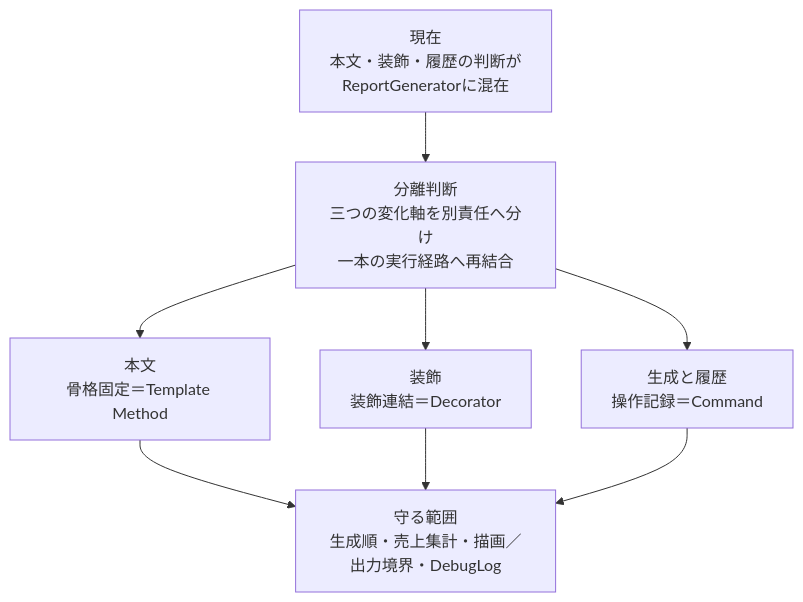
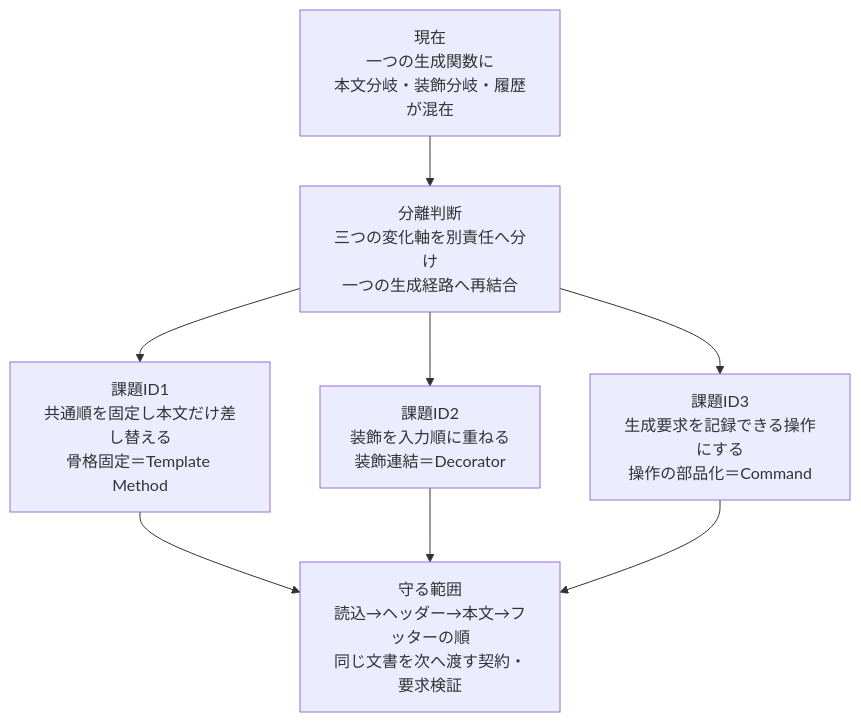
The sixth of 18 diagrams in kindle/design-patterns/output/chapter11.md (kumachan1101-pixel/DesignPattern), drawn with Mermaid before and after one commit. The commit also changed other lines of this file and 5 other files, not shown here.

````diff
--- a/kindle/design-patterns/output/chapter11.md
+++ b/kindle/design-patterns/output/chapter11.md
@@ -1489,10 +1489,10 @@
 ```mermaid
 flowchart TB
-    A[現在<br/>本文・装飾・履歴の判断が<br/>ReportGeneratorに混在] --> B[分離判断<br/>三つの変化軸を別責任へ分け<br/>一本の実行経路へ再結合]
-    B --> C[本文<br/>骨格固定＝Template Method]
-    B --> D[装飾<br/>装飾連結＝Decorator]
-    B --> E[生成と履歴<br/>操作記録＝Command]
-    C --> F[守る範囲<br/>生成順・売上集計・描画／出力境界・DebugLog]
-    D --> F
-    E --> F
+    A[現在<br/>一つの生成関数に<br/>本文分岐・装飾分岐・履歴が混在] --> B[分離判断<br/>三つの変化軸を別責任へ分け<br/>一つの生成経路へ再結合]
+    B --> C[課題ID1<br/>共通順を固定し本文だけ差し替える<br/>骨格固定＝Template Method]
+    B --> D[課題ID2<br/>装飾を入力順に重ねる<br/>装飾連結＝Decorator]
+    B --> F[課題ID3<br/>生成要求を記録できる操作にする<br/>操作の部品化＝Command]
+    C --> E[守る範囲<br/>読込→ヘッダー→本文→フッターの順<br/>同じ文書を次へ渡す契約・要求検証]
+    D --> E
+    F --> E
 ```
````
